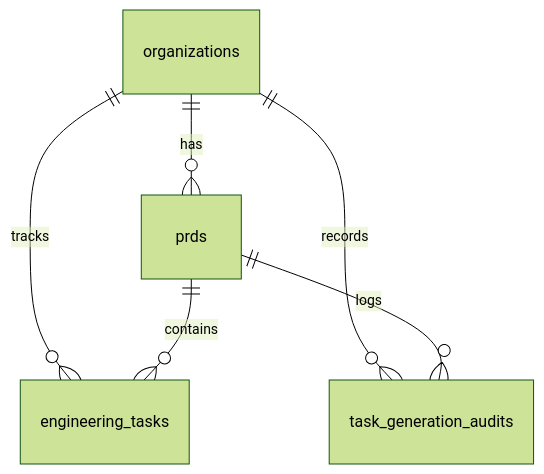
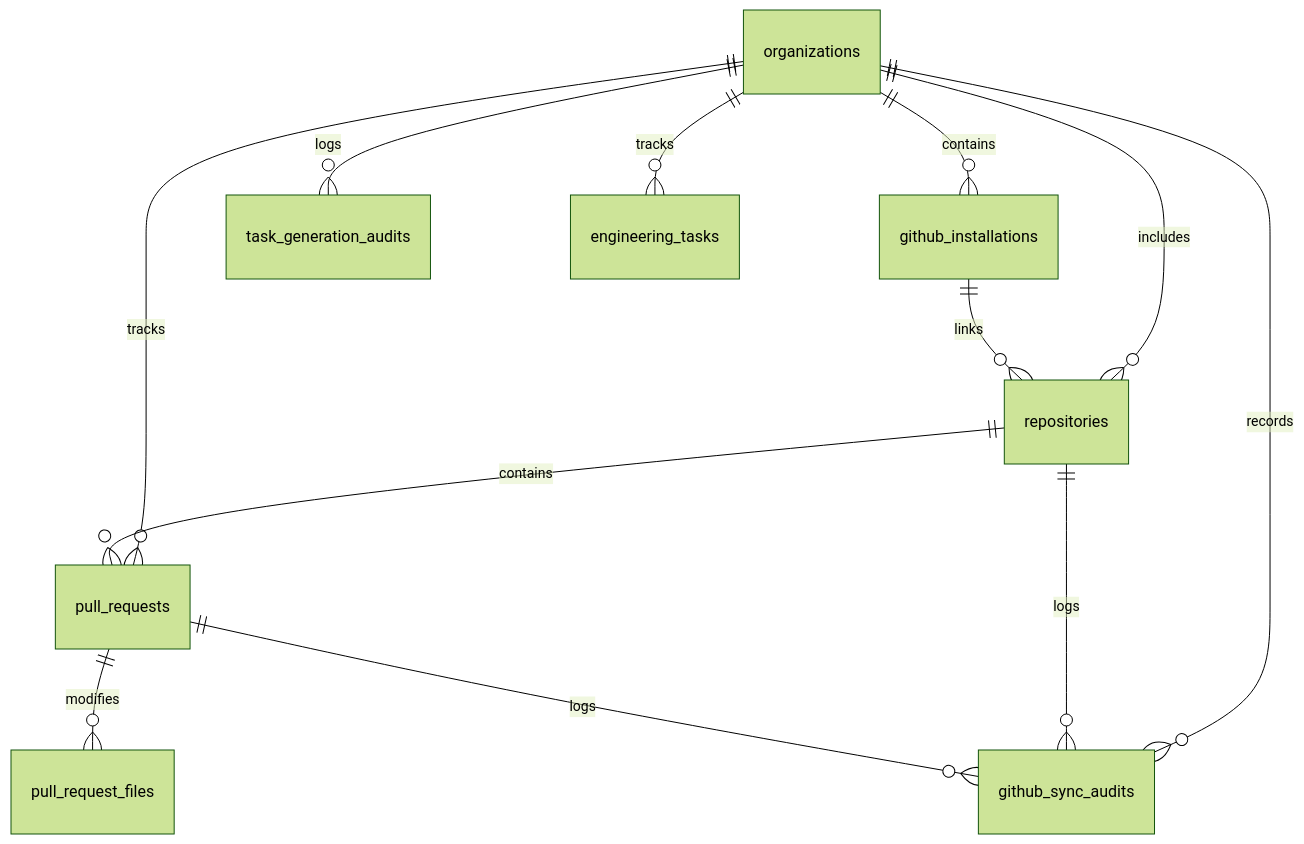
The first of 6 diagrams in README.md (Satya7250/Launchly), drawn with Mermaid (forest theme) before and after one commit. The commit also changed other lines of this file and 37 other files, not shown here.

Commit message:
feat: implement workspace selection UI, database schema, and demo onboarding workflow

````diff
--- a/README.md
+++ b/README.md
@@ -115,8 +115,15 @@
 ```mermaid
 erDiagram
-    organizations ||--o{ prds : has
+    organizations ||--o{ github_installations : contains
+    organizations ||--o{ github_sync_audits : records
+    organizations ||--o{ repositories : includes
+    organizations ||--o{ pull_requests : tracks
+    organizations ||--o{ task_generation_audits : logs
     organizations ||--o{ engineering_tasks : tracks
-    organizations ||--o{ task_generation_audits : records
-    prds ||--o{ engineering_tasks : contains
-    prds ||--o{ task_generation_audits : logs
+
+    github_installations ||--o{ repositories : links
+    repositories ||--o{ pull_requests : contains
+    repositories ||--o{ github_sync_audits : logs
+    pull_requests ||--o{ pull_request_files : modifies
+    pull_requests ||--o{ github_sync_audits : logs
 ```
````
